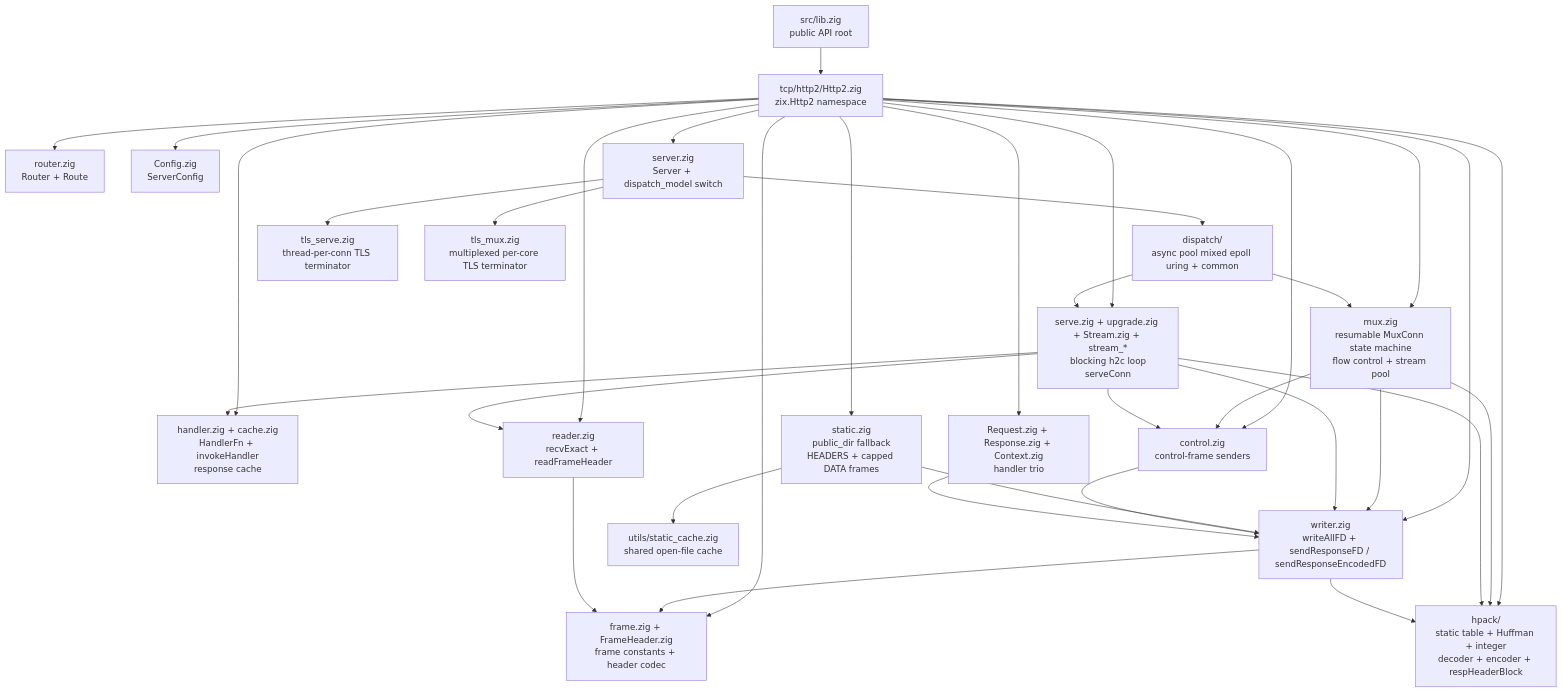
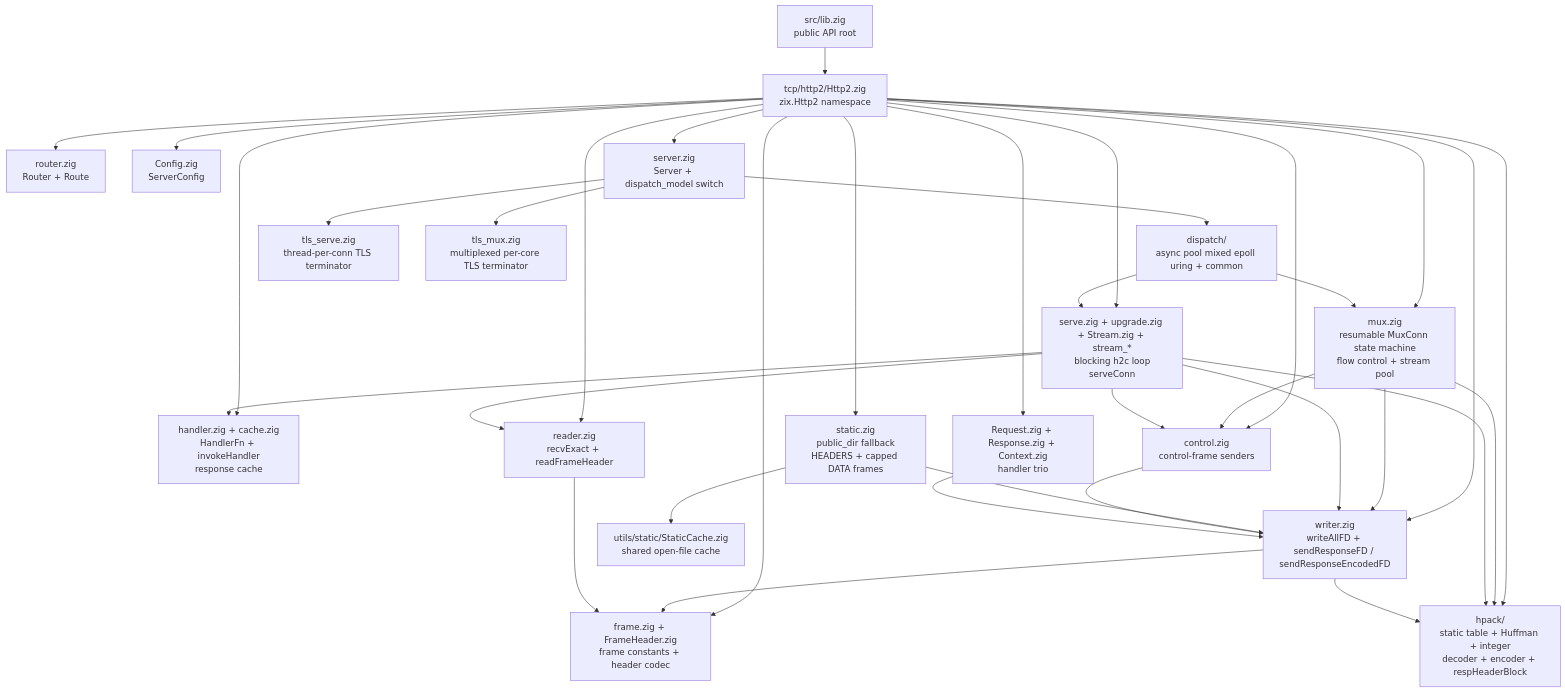
The third of 5 diagrams in docs/hld-http2-en.md (prothegee/zix), drawn with Mermaid before and after one commit. The commit also changed other lines of this file, not shown here.

First line of the commit message:
update the HTTP/2 hld for the static path

````diff
--- a/docs/hld-http2-en.md
+++ b/docs/hld-http2-en.md
@@ -91,40 +91,40 @@
 ```mermaid
 graph TD
     zix["src/lib.zig\npublic API root"] --> Http2["tcp/http2/Http2.zig\nzix.Http2 namespace"]
 
     Http2 --> core["serve.zig + upgrade.zig + Stream.zig + stream_*\nblocking h2c loop\nserveConn"]
     Http2 --> handler["handler.zig + cache.zig\nHandlerFn + invokeHandler\nresponse cache"]
     Http2 --> router["router.zig\nRouter + Route"]
     Http2 --> mux["mux.zig\nresumable MuxConn state machine\nflow control + stream pool"]
     Http2 --> frame["frame.zig + FrameHeader.zig\nframe constants + header codec"]
     Http2 --> writer["writer.zig\nwriteAllFD + sendResponseFD / sendResponseEncodedFD"]
     Http2 --> reader["reader.zig\nrecvExact + readFrameHeader"]
     Http2 --> control["control.zig\ncontrol-frame senders"]
     Http2 --> hpack["hpack/\nstatic table + Huffman + integer\ndecoder + encoder + respHeaderBlock"]
     Http2 --> config["Config.zig\nServerConfig"]
     Http2 --> types["Request.zig + Response.zig + Context.zig\nhandler trio"]
     Http2 --> server["server.zig\nServer + dispatch_model switch"]
     Http2 --> static["static.zig\npublic_dir fallback\nHEADERS + capped DATA frames"]
 
     server --> dispatch["dispatch/\nasync pool mixed epoll uring + common"]
     server --> tls_serve["tls_serve.zig\nthread-per-conn TLS terminator"]
     server --> tls_mux["tls_mux.zig\nmultiplexed per-core TLS terminator"]
 
     dispatch --> core
     dispatch --> mux
     mux --> writer
     mux --> control
     mux --> hpack
     core --> reader
     core --> writer
     core --> control
     core --> hpack
     core --> handler
     static --> writer
     writer --> frame
     writer --> hpack
     reader --> frame
     control --> writer
     types --> writer
-    static --> static_cache["utils/static_cache.zig\nshared open-file cache"]
+    static --> static_cache["utils/static/StaticCache.zig\nshared open-file cache"]
 ```
````
